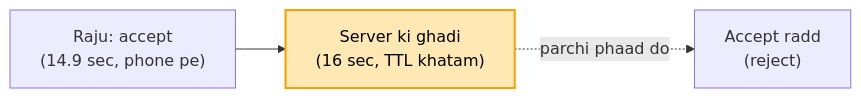
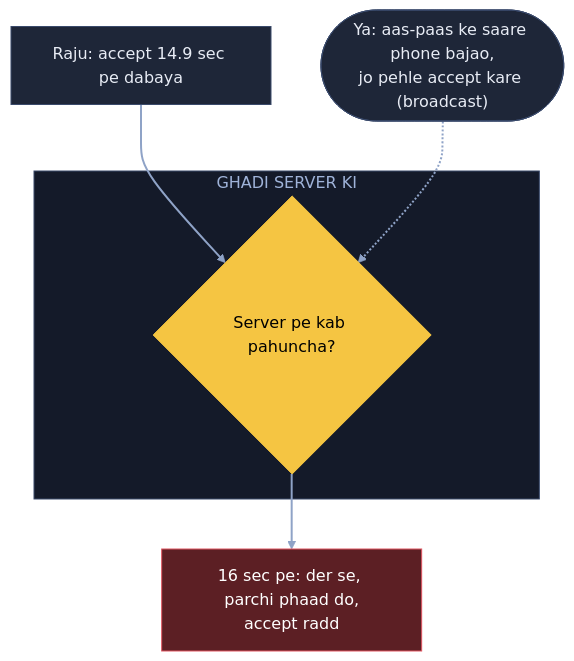
One commit to ArpanMaheshwari144/Prep changed the fifth of 11 diagrams in 04_HLD/SYSTEM_DESIGNS/15_uber/15_uber.md. Above: the diagram before and after it, drawn with Mermaid. The commit also changed other lines of this file and 3 other files, not shown here.

Commit message:
Uber: 14 diagram hand notes ke shabdon se; K3 / K4 / K10 me naksha + chhoti gaadi (SVG); K6 apni jodi line hatai

````diff
--- a/04_HLD/SYSTEM_DESIGNS/15_uber/15_uber.md
+++ b/04_HLD/SYSTEM_DESIGNS/15_uber/15_uber.md
@@ -139,6 +172,18 @@
 ```mermaid
-flowchart LR
-    R["Raju: accept<br/>(14.9 sec, phone pe)"] --> S["Server ki ghadi<br/>(16 sec, TTL khatam)"]
-    S -. "parchi phaad do" .-> X["Accept radd<br/>(reject)"]
-    style S fill:#ffe8b3,stroke:#f59f00,stroke-width:2px,color:#000
+flowchart TB
+    R["Raju: accept 14.9 sec pe dabaya"]:::card
+    subgraph GS["GHADI SERVER KI"]
+        S{"Server pe kab pahuncha?"}:::pill
+    end
+    X["16 sec pe: der se, parchi phaad do,<br/>accept radd"]:::bad
+    B(["Ya: aas-paas ke saare phone bajao,<br/>jo pehle accept kare (broadcast)"]):::card
+    R --> S
+    S --> X
+    B -.-> S
+    linkStyle default stroke:#8fa3c7,stroke-width:2px
+    classDef card fill:#1e2638,stroke:#3a4a6b,color:#e8ecf5
+    classDef pill fill:#f5c542,stroke:#f5c542,color:#000
+    classDef good fill:#2e7d4f,stroke:#3fbf6f,color:#fff
+    classDef bad fill:#5c1f24,stroke:#e05561,color:#fff
+    style GS fill:#141a29,stroke:#3a4a6b,color:#9fb3d9
 ```
````
